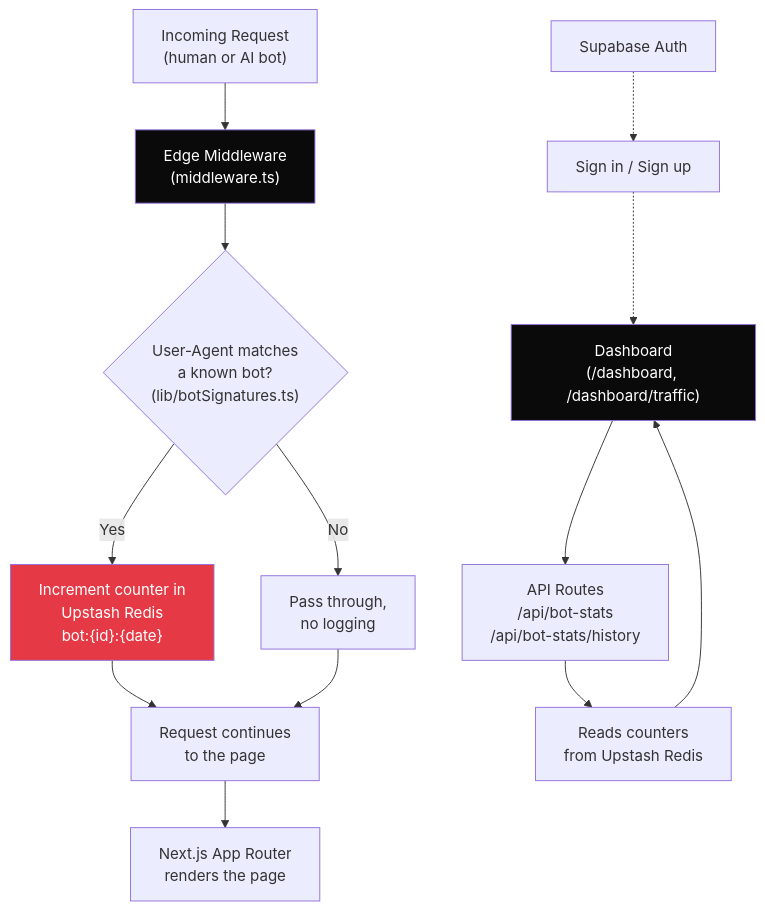
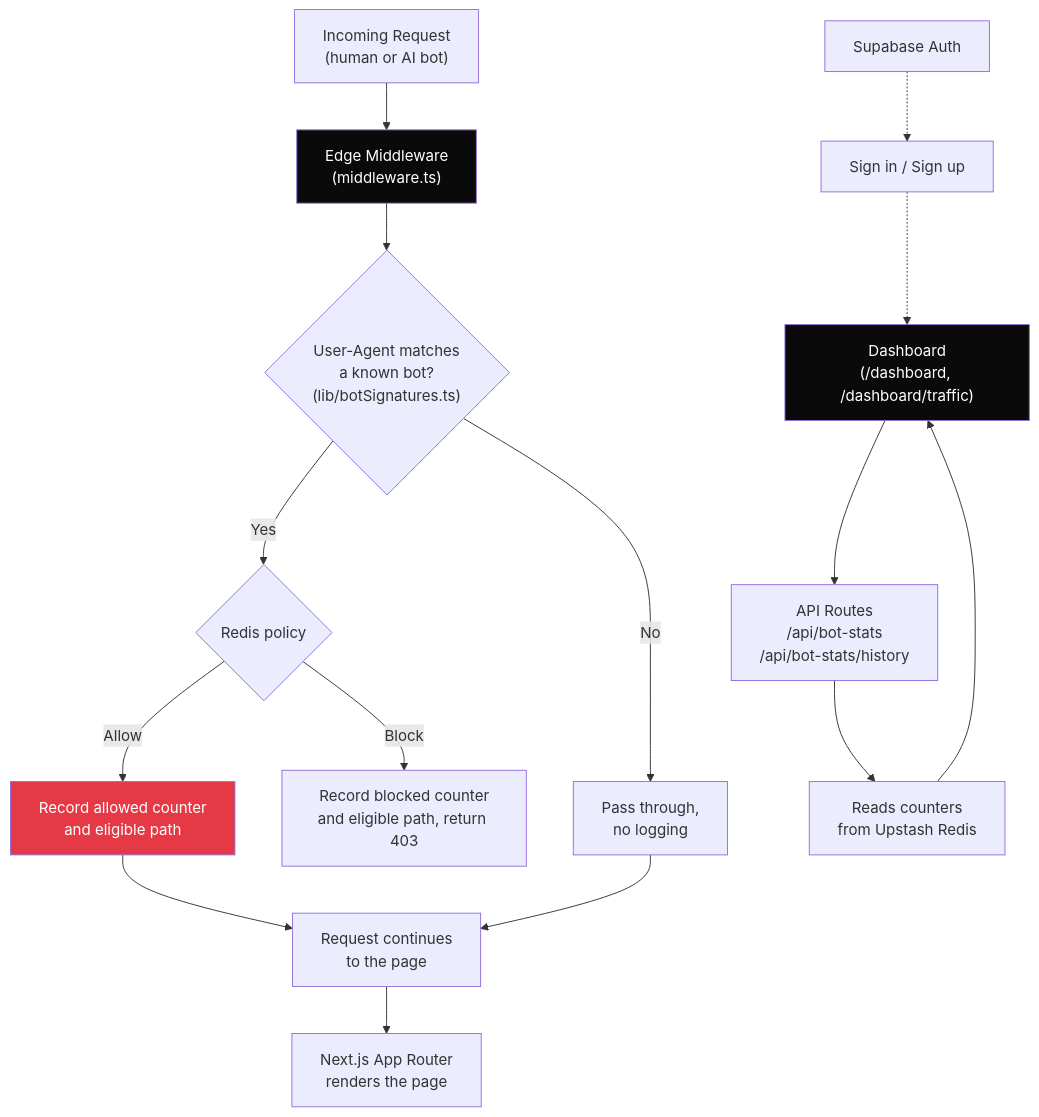
The diagram in README.md (pjha26/promptwatch), drawn with Mermaid before and after one commit. The commit also changed other lines of this file and 22 other files, not shown here.

````diff
--- a/README.md
+++ b/README.md
@@ -45,21 +57,23 @@
 ```mermaid
 flowchart TD
     A["Incoming Request<br/>(human or AI bot)"] --> B["Edge Middleware<br/>(middleware.ts)"]
     B --> C{"User-Agent matches<br/>a known bot?<br/>(lib/botSignatures.ts)"}
-    C -- "Yes" --> D["Increment counter in<br/>Upstash Redis<br/>bot:{id}:{date}"]
+    C -- "Yes" --> P{"Redis policy"}
+    P -- "Allow" --> D["Record allowed counter<br/>and eligible path"]
+    P -- "Block" --> X["Record blocked counter<br/>and eligible path, return 403"]
     C -- "No" --> E["Pass through,<br/>no logging"]
     D --> F["Request continues<br/>to the page"]
     E --> F
     F --> G["Next.js App Router<br/>renders the page"]
 
     H["Dashboard<br/>(/dashboard, /dashboard/traffic)"] --> I["API Routes<br/>/api/bot-stats<br/>/api/bot-stats/history"]
     I --> J["Reads counters<br/>from Upstash Redis"]
     J --> H
 
     K["Supabase Auth"] -.-> L["Sign in / Sign up"]
     L -.-> H
 
     style D fill:#e63946,color:#fff
     style B fill:#0A0A0A,color:#fff
     style H fill:#0A0A0A,color:#fff
 ```
````
